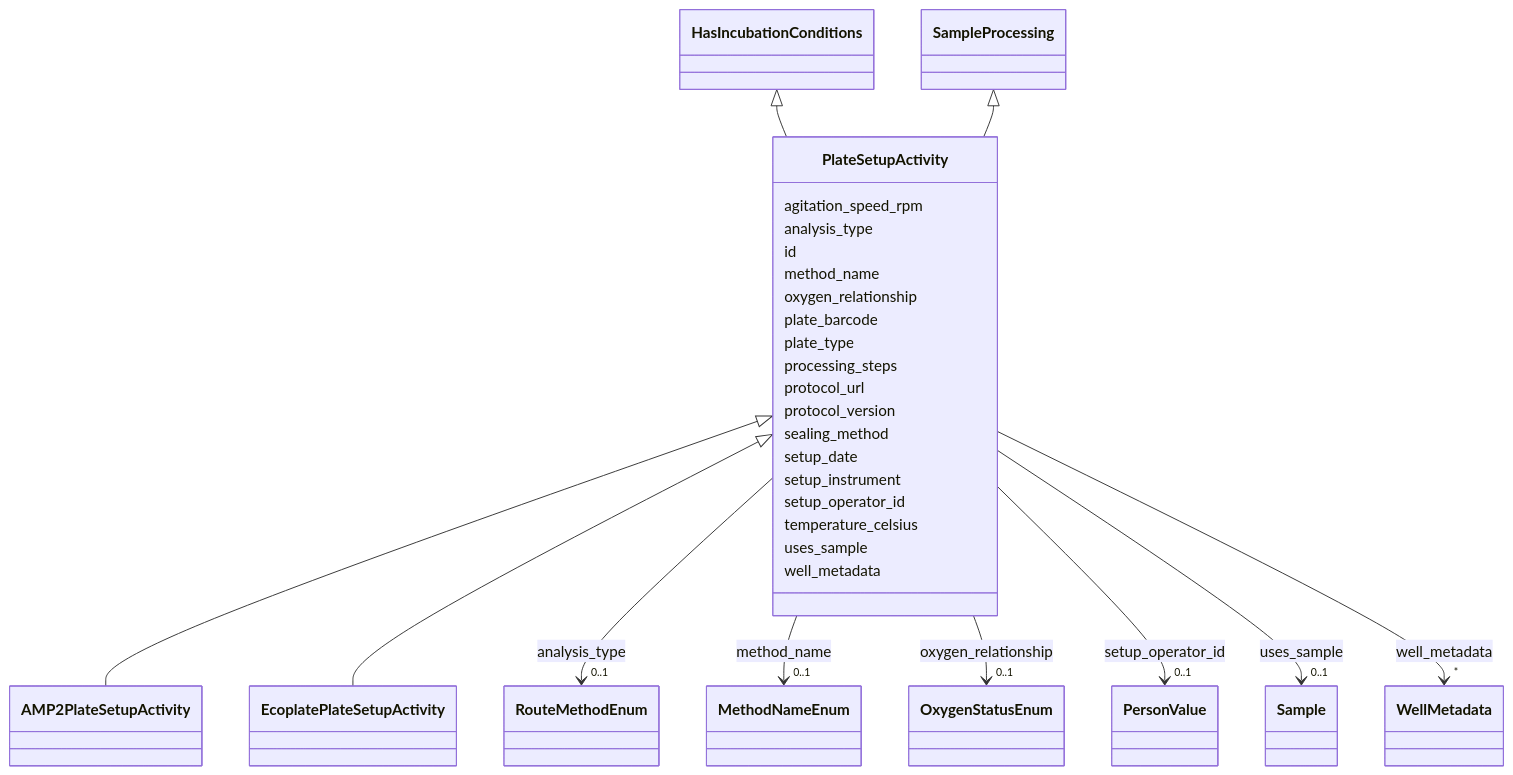
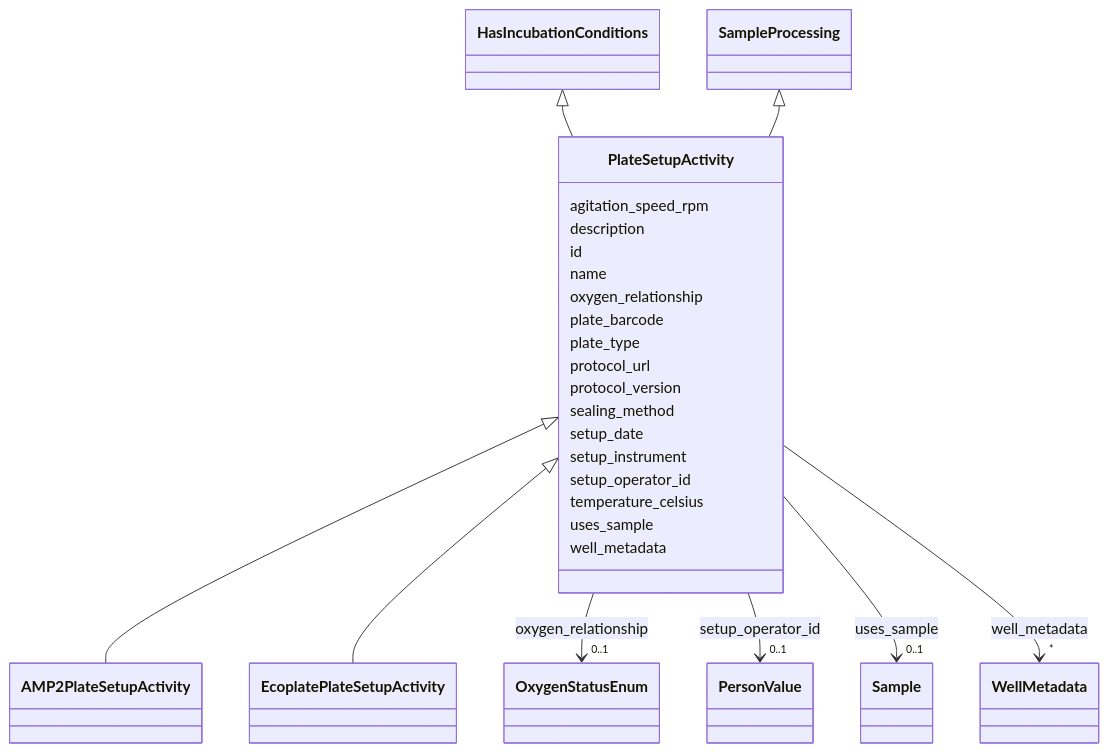
The diagram in docs/elements/PlateSetupActivity.md (EMSL-Computing/BASALT-Schema), drawn with Mermaid before and after one commit. The commit also changed other lines of this file and 550 other files, not shown here.

```diff
--- a/docs/elements/PlateSetupActivity.md
+++ b/docs/elements/PlateSetupActivity.md
@@ -51,29 +51,11 @@
 
       PlateSetupActivity : agitation_speed_rpm
         
-      PlateSetupActivity : analysis_type
-        
-          
-    
-        
-        
-        PlateSetupActivity --> "0..1" RouteMethodEnum : analysis_type
-        click RouteMethodEnum href "../RouteMethodEnum/"
-    
-
+      PlateSetupActivity : description
         
       PlateSetupActivity : id
         
-      PlateSetupActivity : method_name
-        
-          
-    
-        
-        
-        PlateSetupActivity --> "0..1" MethodNameEnum : method_name
-        click MethodNameEnum href "../MethodNameEnum/"
-    
-
+      PlateSetupActivity : name
         
       PlateSetupActivity : oxygen_relationship
         
@@ -89,8 +71,6 @@
       PlateSetupActivity : plate_barcode
         
       PlateSetupActivity : plate_type
-        
-      PlateSetupActivity : processing_steps
         
       PlateSetupActivity : protocol_url
         
```
